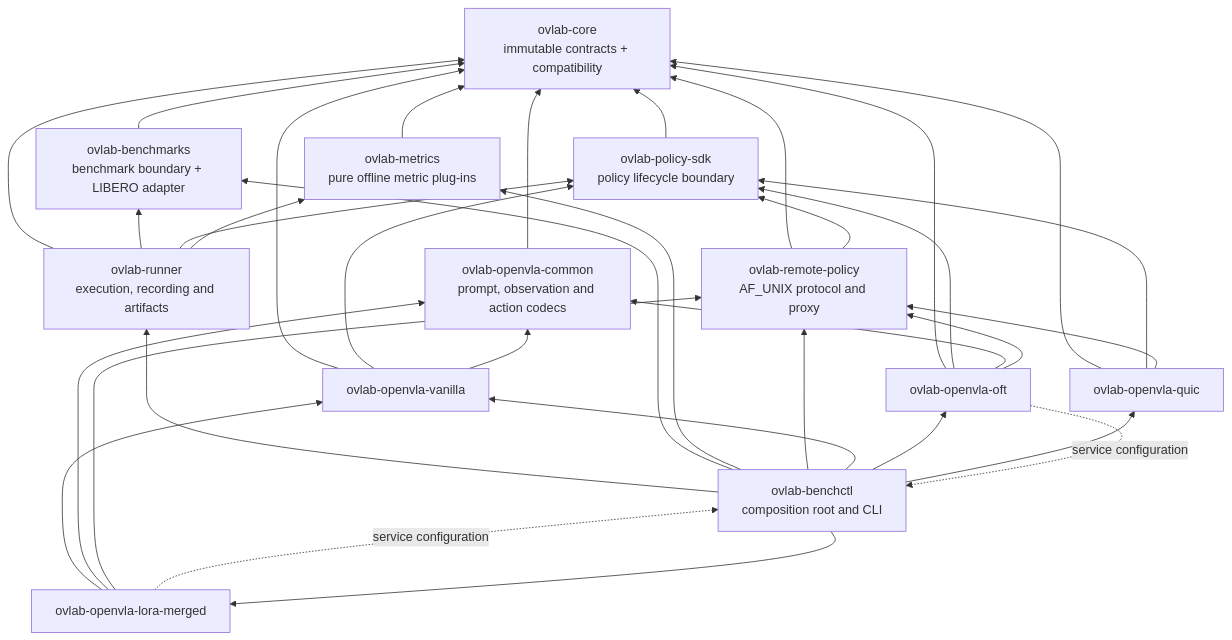
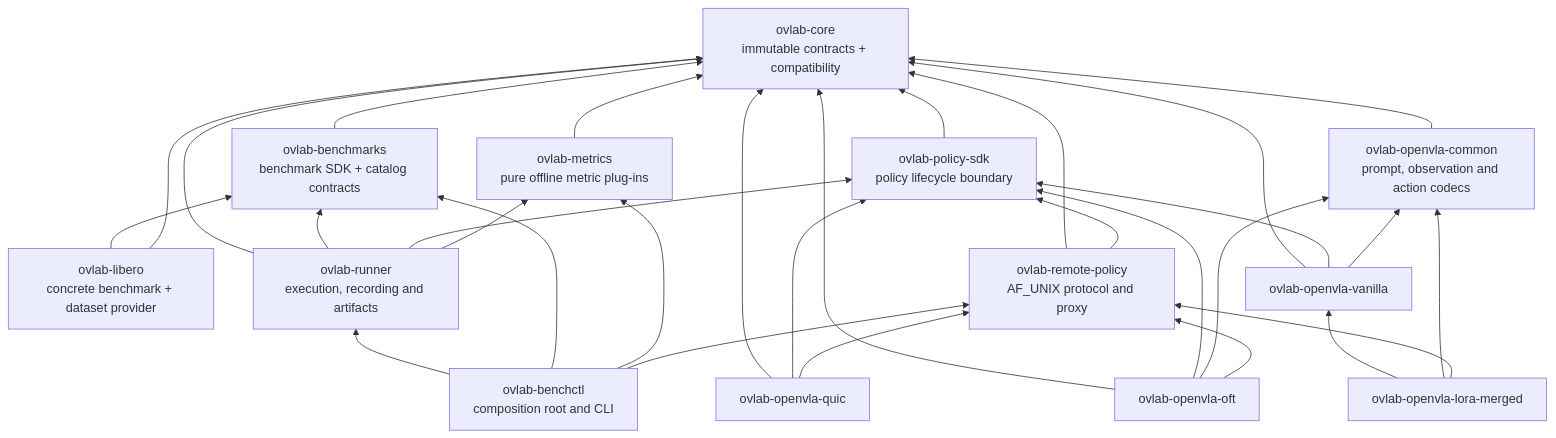
Before and after one commit to kon0327/ovlab: the second of 9 diagrams in ARCHITECTURE.md, drawn with Mermaid. The commit also changed other lines of this file and 185 other files, not shown here.

Commit message:
feat: activate independent model and LIBERO benchmark plugins

````diff
--- a/ARCHITECTURE.md
+++ b/ARCHITECTURE.md
@@ -123,49 +131,46 @@
 ```mermaid
 flowchart BT
     Core["ovlab-core<br/>immutable contracts + compatibility"]
-    Bench["ovlab-benchmarks<br/>benchmark boundary + LIBERO adapter"]
+    Bench["ovlab-benchmarks<br/>benchmark SDK + catalog contracts"]
+    Libero["ovlab-libero<br/>concrete benchmark + dataset provider"]
     PolicySDK["ovlab-policy-sdk<br/>policy lifecycle boundary"]
     Metrics["ovlab-metrics<br/>pure offline metric plug-ins"]
     Common["ovlab-openvla-common<br/>prompt, observation and action codecs"]
     Remote["ovlab-remote-policy<br/>AF_UNIX protocol and proxy"]
     Vanilla["ovlab-openvla-vanilla"]
     Lora["ovlab-openvla-lora-merged"]
     OFT["ovlab-openvla-oft"]
     QuIC["ovlab-openvla-quic"]
     Runner["ovlab-runner<br/>execution, recording and artifacts"]
     Benchctl["ovlab-benchctl<br/>composition root and CLI"]
 
     Bench --> Core
+    Libero --> Bench
+    Libero --> Core
     PolicySDK --> Core
     Metrics --> Core
     Common --> Core
     Remote --> Core
     Remote --> PolicySDK
     Vanilla --> Core
     Vanilla --> PolicySDK
     Vanilla --> Common
     Lora --> Vanilla
     Lora --> Common
     Lora --> Remote
-    Lora -. service configuration .-> Benchctl
     OFT --> Core
     OFT --> PolicySDK
     OFT --> Common
     OFT --> Remote
-    OFT -. service configuration .-> Benchctl
     QuIC --> Core
     QuIC --> PolicySDK
     QuIC --> Remote
     Runner --> Core
     Runner --> Bench
     Runner --> PolicySDK
     Runner --> Metrics
     Benchctl --> Runner
     Benchctl --> Bench
     Benchctl --> Metrics
     Benchctl --> Remote
-    Benchctl --> Vanilla
-    Benchctl --> Lora
-    Benchctl --> OFT
-    Benchctl --> QuIC
 ```
````
